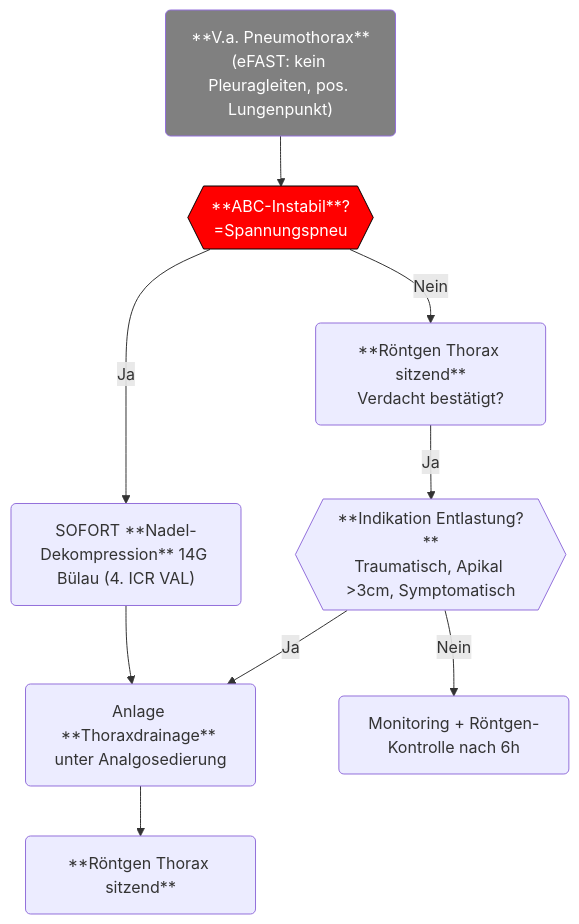
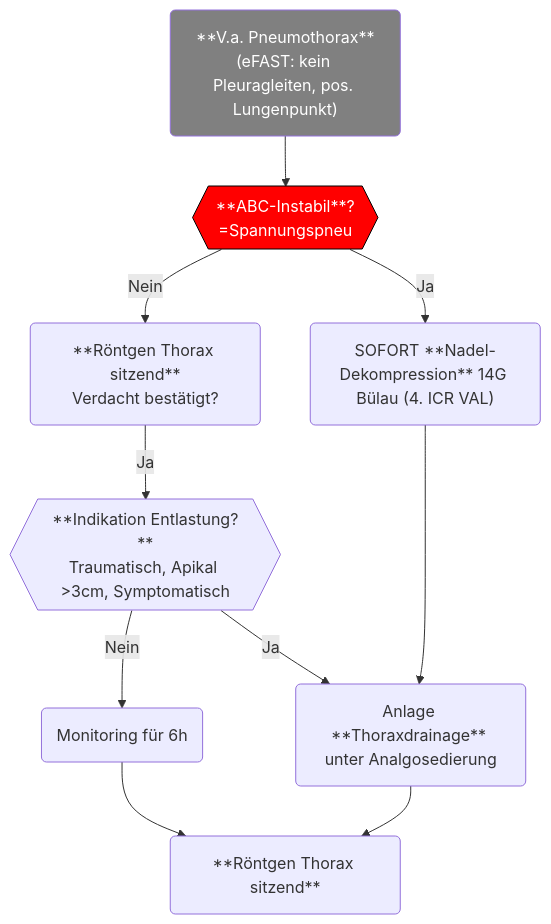
Before and after one commit to vncntwbr/notfallbausteine: the diagram in content/Pneu.md, drawn with Mermaid.

Commit message:
Quartz sync: Mar 28, 2026, 4:45 PM

````diff
--- a/content/Pneu.md
+++ b/content/Pneu.md
@@ -20,17 +20,18 @@
 ```mermaid
 flowchart TD
     Start("**V.a. Pneumothorax**<br>(eFAST: kein Pleuragleiten, pos. Lungenpunkt)") --> Instabil{{"**ABC-Instabil**?<br>=Spannungspneu"}}
     Instabil -->|Ja| Dek("SOFORT **Nadel-Dekompression** 14G Bülau (4. ICR VAL)")
     Instabil -->|Nein| Rö("**Röntgen Thorax sitzend**<br>Verdacht bestätigt?")
     Rö -->|Ja| Indikation{{"**Indikation Entlastung?**"<br>Traumatisch, Apikal >3cm, Symptomatisch}}
-    Indikation -->|Ja| Tdx(Anlage **Thoraxdrainage** unter Analgosedierung)
-    Indikation -->|Nein| RöK("Monitoring + Röntgen-Kontrolle nach 6h")
-    Dek --> Tdx
+	Indikation -->|Ja| Tdx(Anlage **Thoraxdrainage** unter Analgosedierung)
+    Indikation -->|Nein| Monitor("Monitoring für 6h")
+    Monitor --> Rö2
+    Dek ---> Tdx
     Tdx --> Rö2(**Röntgen Thorax sitzend**)
     
     click Tdx "https://www.github.com" "Open this in a new tab" _blank
     click Dek "https://www.github.com" "Open this in a new tab" _blank
     
     style Instabil fill:red,color:white,stroke:black
     style Start fill:grey,color:white
 ```
````
